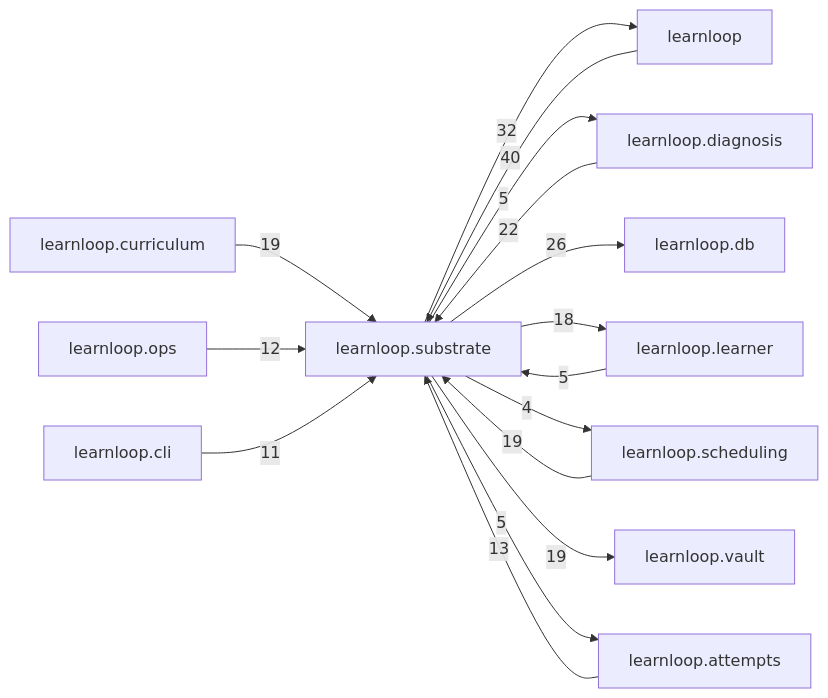
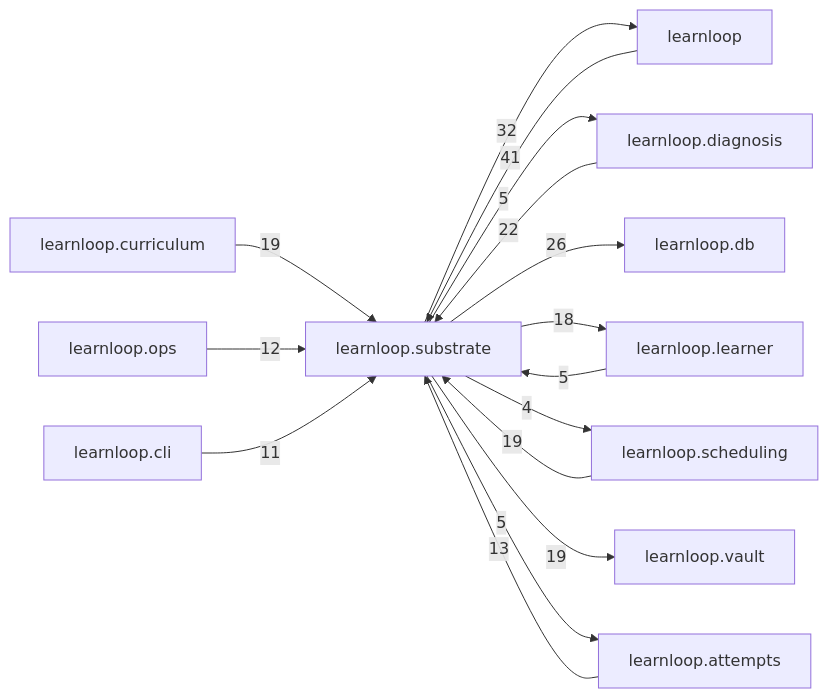
Before and after one commit to 6up-b/learnanything: the diagram in docs/learnloop-architecture-vault/Reference/Modules/learnloop/substrate/_package.md, drawn with Mermaid. The commit also changed other lines of this file and 580 other files, not shown here.

````diff
--- a/docs/learnloop-architecture-vault/Reference/Modules/learnloop/substrate/_package.md
+++ b/docs/learnloop-architecture-vault/Reference/Modules/learnloop/substrate/_package.md
@@ -166,29 +166,29 @@
 ```mermaid
 flowchart LR
     center["learnloop.substrate"]
     n_learnloop["learnloop"]
     n_learnloop_diagnosis["learnloop.diagnosis"]
     n_learnloop_db["learnloop.db"]
     n_learnloop_learner["learnloop.learner"]
     n_learnloop_scheduling["learnloop.scheduling"]
     n_learnloop_curriculum["learnloop.curriculum"]
     n_learnloop_vault["learnloop.vault"]
     n_learnloop_attempts["learnloop.attempts"]
     n_learnloop_ops["learnloop.ops"]
     n_learnloop_cli["learnloop.cli"]
-    n_learnloop -->|40| center
+    n_learnloop -->|41| center
     center -->|32| n_learnloop
     n_learnloop_diagnosis -->|22| center
     center -->|5| n_learnloop_diagnosis
     center -->|26| n_learnloop_db
     n_learnloop_learner -->|5| center
     center -->|18| n_learnloop_learner
     n_learnloop_scheduling -->|19| center
     center -->|4| n_learnloop_scheduling
     n_learnloop_curriculum -->|19| center
     center -->|19| n_learnloop_vault
     n_learnloop_attempts -->|13| center
     center -->|5| n_learnloop_attempts
     n_learnloop_ops -->|12| center
     n_learnloop_cli -->|11| center
 ```
````
